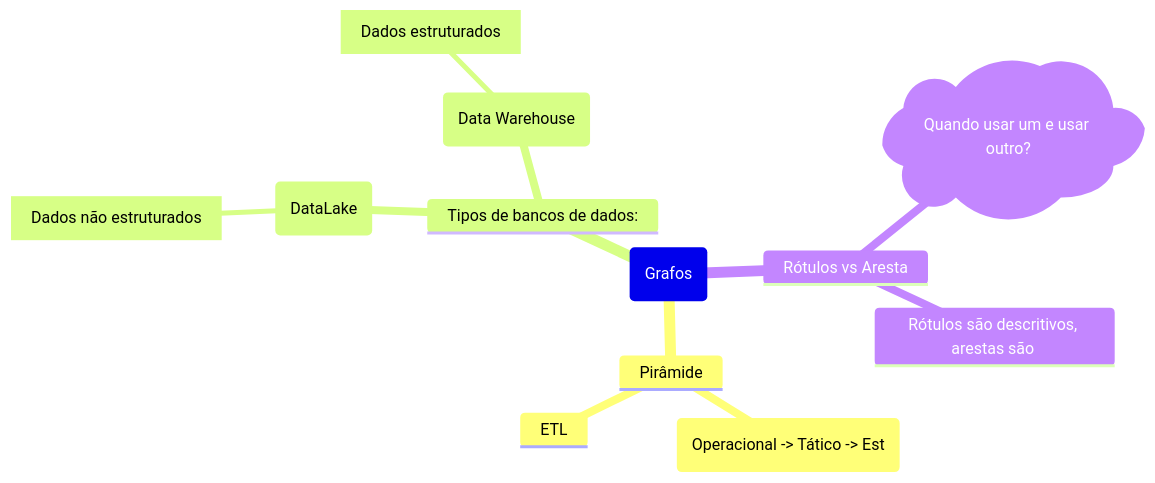
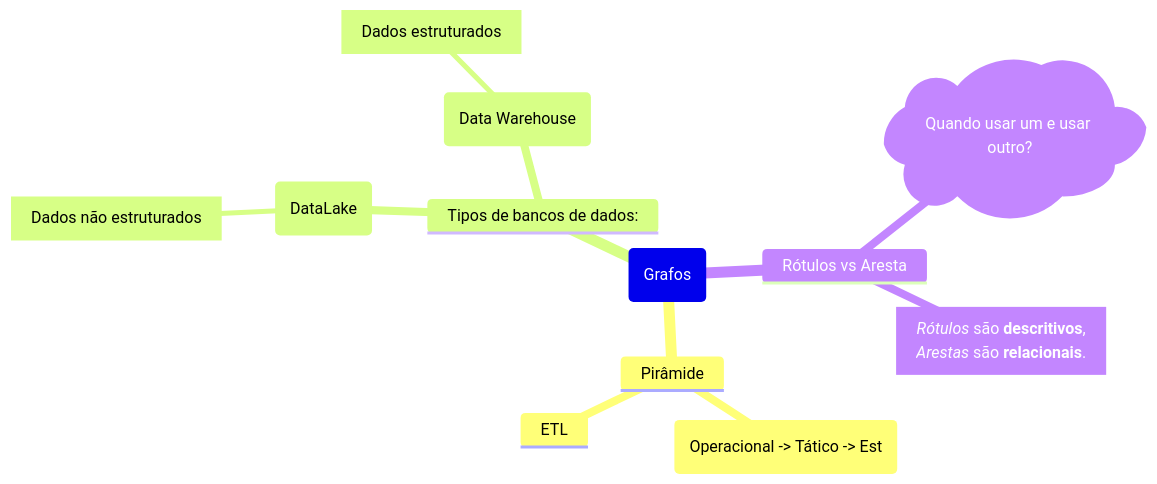
One commit to Igorino/joplin-notes changed the diagram in Mestrado/Segundo Semestre/SIN5033 - Grafos de conhecimento e Ontologias/Anotações/De Aulas/Aula do dia 2026 04 08.md. Above: the diagram before and after it, drawn with Mermaid.

Commit message:
Exported on 2026-04-08_15-08-51

````diff
--- a/Mestrado/Segundo Semestre/SIN5033 - Grafos de conhecimento e Ontologias/Anotações/De Aulas/Aula do dia 2026 04 08.md
+++ b/Mestrado/Segundo Semestre/SIN5033 - Grafos de conhecimento e Ontologias/Anotações/De Aulas/Aula do dia 2026 04 08.md
@@ -1,17 +1,23 @@
 ```mermaid
 mindmap
 	Root(Grafos)
 		Pirâmide
 			("Operacional -> Tático -> Est")
 			ETL
 
 		Tipos de bancos de dados:		
 			(DataLake)
 				[Dados não estruturados]
 			(Data Warehouse)
 				[Dados estruturados]
 
 		Rótulos vs Aresta
 			)Quando usar um e usar outro?(
-			Rótulos são descritivos, arestas são 
+			[*Rótulos* são **descritivos**, 
+			*Arestas* são **relacionais**.]
+
+		
+
+
+			
 ```
````
